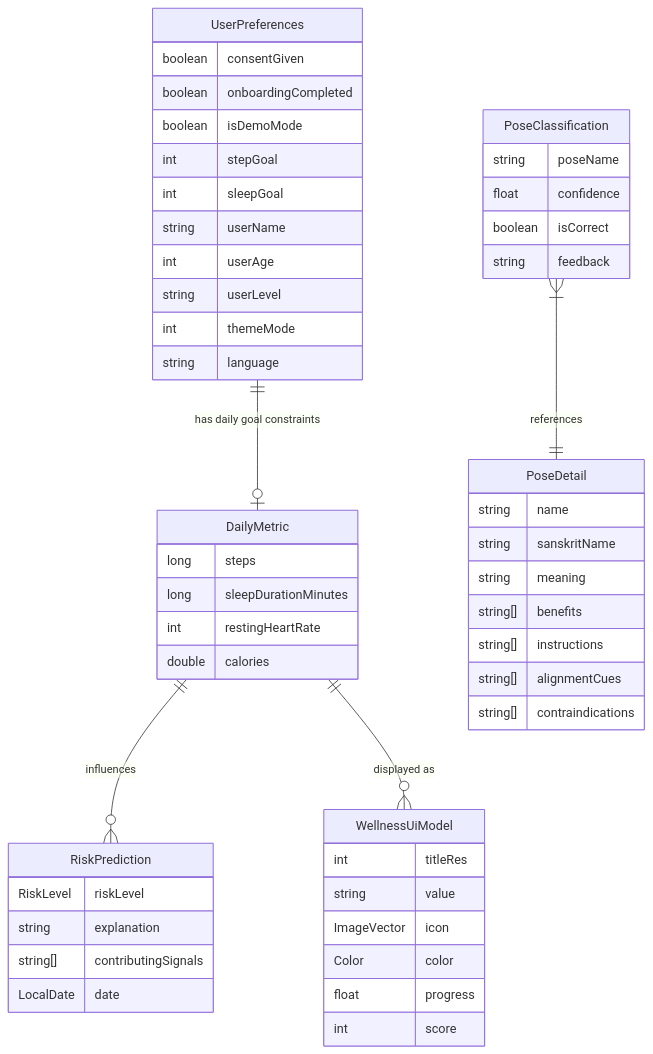
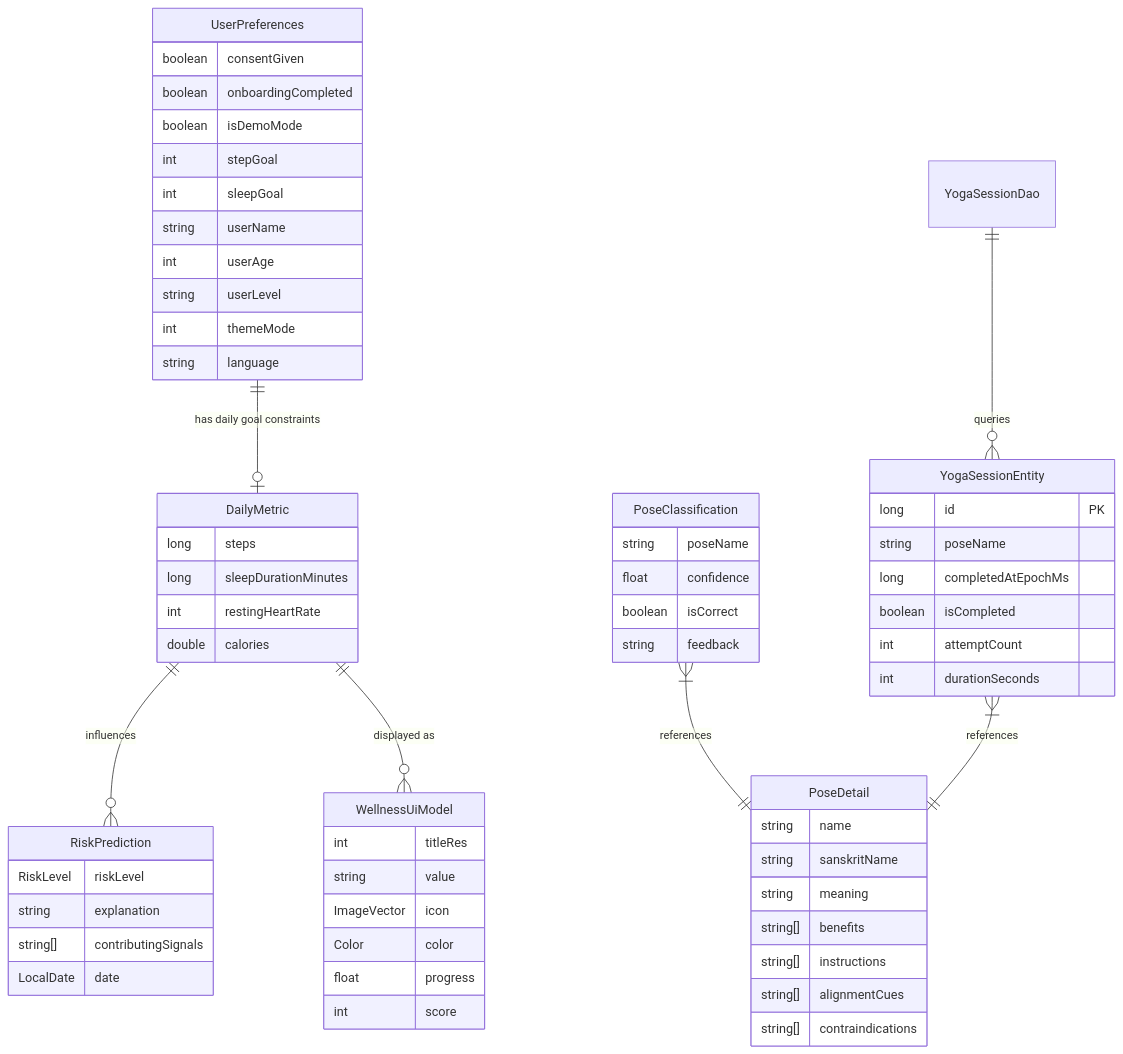
Before and after one commit to agnihotripushkar/YogaAI: the diagram in README.md, drawn with Mermaid. The commit also changed other lines of this file and 59 other files, not shown here.

````diff
--- a/README.md
+++ b/README.md
@@ -175,60 +179,71 @@
 ```mermaid
 erDiagram
     UserPreferences {
         boolean consentGiven
         boolean onboardingCompleted
         boolean isDemoMode
         int stepGoal
         int sleepGoal
         string userName
         int userAge
         string userLevel
         int themeMode
         string language
+    }
+
+    YogaSessionEntity {
+        long id PK
+        string poseName
+        long completedAtEpochMs
+        boolean isCompleted
+        int attemptCount
+        int durationSeconds
     }
 
     DailyMetric {
         long steps
         long sleepDurationMinutes
         int restingHeartRate
         double calories
     }
 
     RiskPrediction {
         RiskLevel riskLevel
         string explanation
         string[] contributingSignals
         LocalDate date
     }
 
     WellnessUiModel {
         int titleRes
         string value
         ImageVector icon
         Color color
         float progress
         int score
     }
 
     PoseDetail {
         string name
         string sanskritName
         string meaning
         string[] benefits
         string[] instructions
         string[] alignmentCues
         string[] contraindications
     }
 
     PoseClassification {
         string poseName
         float confidence
         boolean isCorrect
         string feedback
     }
 
     UserPreferences ||--o| DailyMetric : "has daily goal constraints"
+    YogaSessionDao ||--o{ YogaSessionEntity : "queries"
     DailyMetric ||--o{ RiskPrediction : "influences"
     DailyMetric ||--o{ WellnessUiModel : "displayed as"
     PoseClassification }|--|| PoseDetail : "references"
+    YogaSessionEntity }|--|| PoseDetail : "references"
 ```
````
